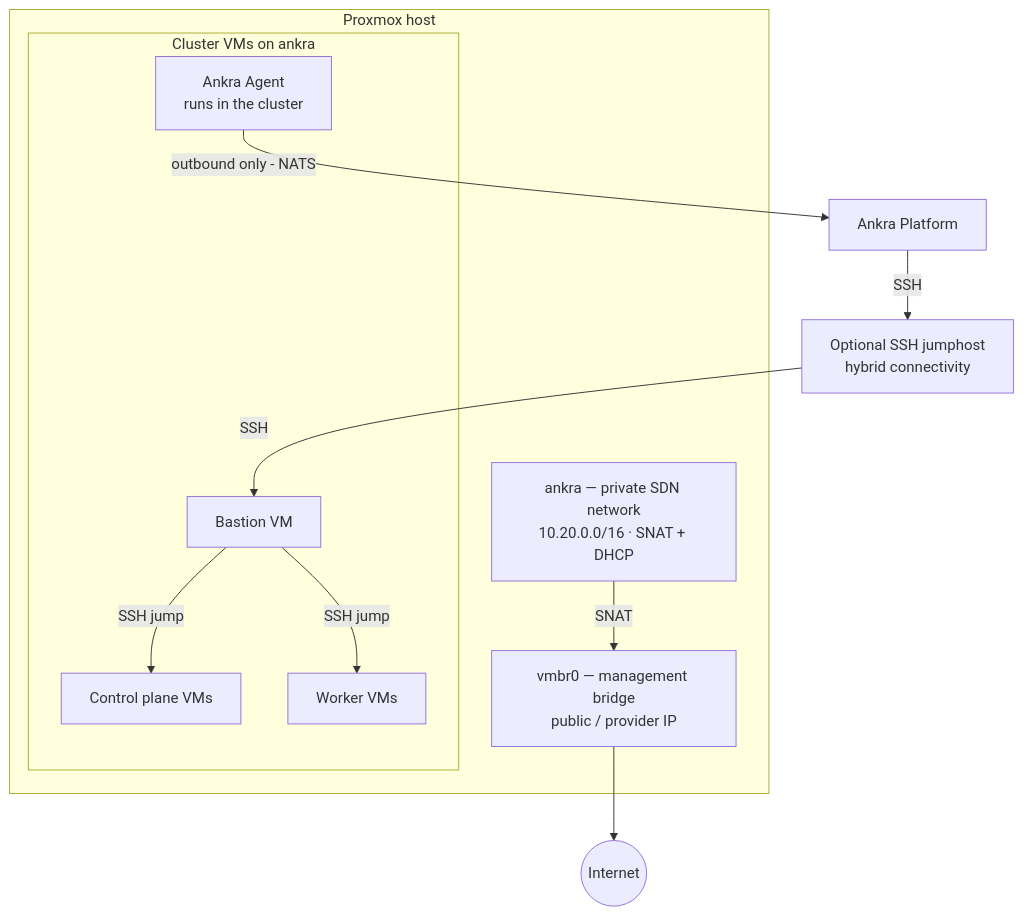
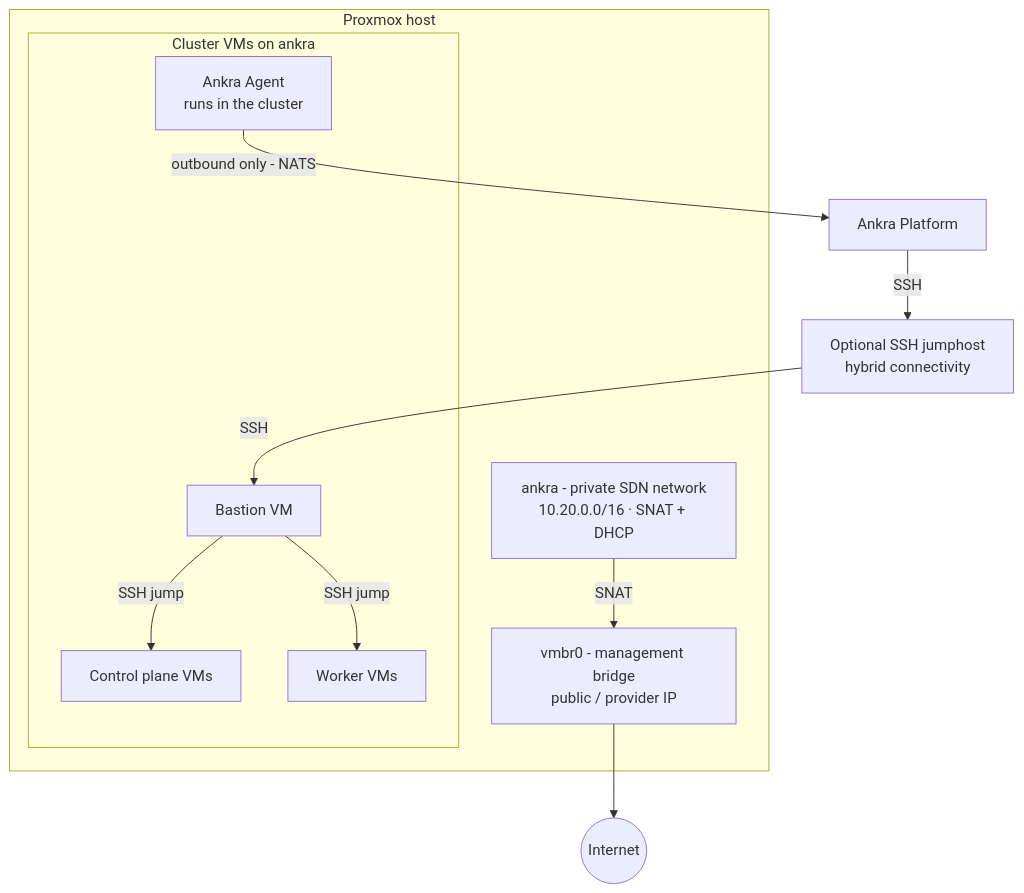
The diagram in guides/proxmox-clusters.mdx (ankraio/ankra-docs), drawn with Mermaid before and after one commit. The commit also changed other lines of this file and 2 other files, not shown here.

````diff
--- a/guides/proxmox-clusters.mdx
+++ b/guides/proxmox-clusters.mdx
@@ -590,25 +590,25 @@
 ```mermaid
 flowchart TB
     Platform[Ankra Platform]
     Jumphost[Optional SSH jumphost<br/>hybrid connectivity]
     Internet((Internet))
 
     subgraph Host [Proxmox host]
-        vmbr0[vmbr0 — management bridge<br/>public / provider IP]
-        ankra[ankra — private SDN network<br/>10.20.0.0/16 · SNAT + DHCP]
+        vmbr0[vmbr0 - management bridge<br/>public / provider IP]
+        ankra[ankra - private SDN network<br/>10.20.0.0/16 · SNAT + DHCP]
         subgraph Private [Cluster VMs on ankra]
             Bastion[Bastion VM]
             CP[Control plane VMs]
             Workers[Worker VMs]
             Agent[Ankra Agent<br/>runs in the cluster]
         end
     end
 
     Platform -->|SSH| Jumphost
     Jumphost -->|SSH| Bastion
     Bastion -->|SSH jump| CP
     Bastion -->|SSH jump| Workers
     Agent -->|outbound only - NATS| Platform
     ankra -->|SNAT| vmbr0
     vmbr0 --> Internet
 ```
````
